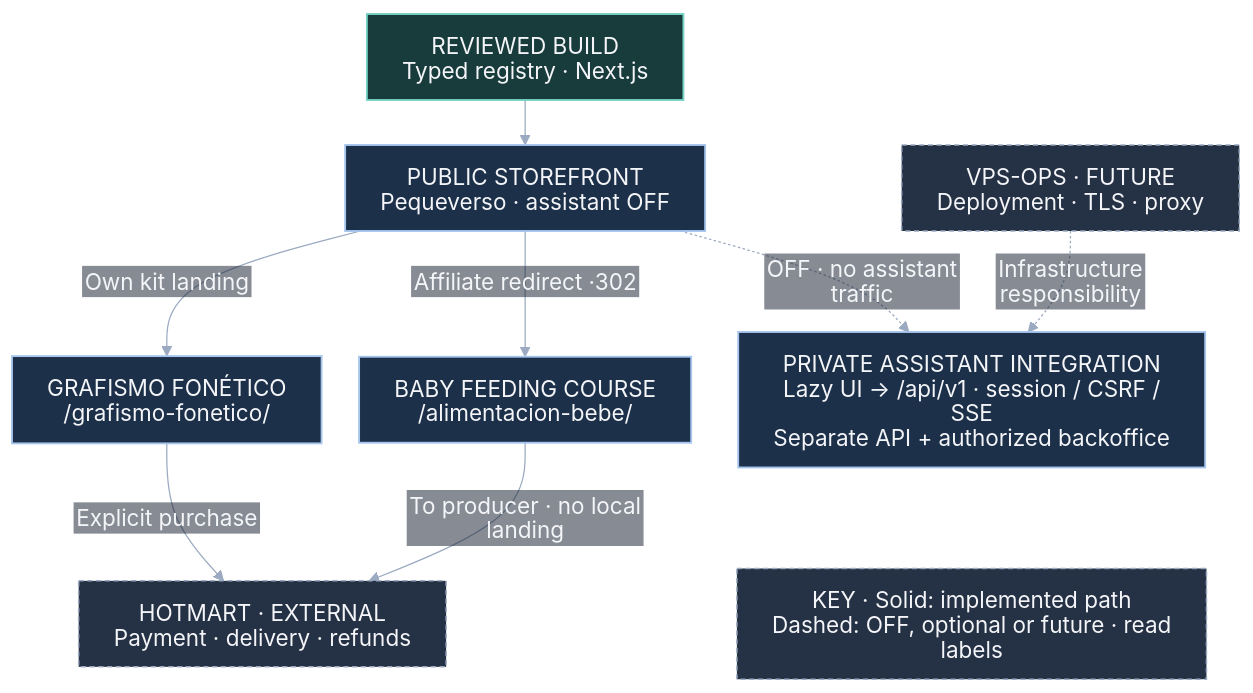
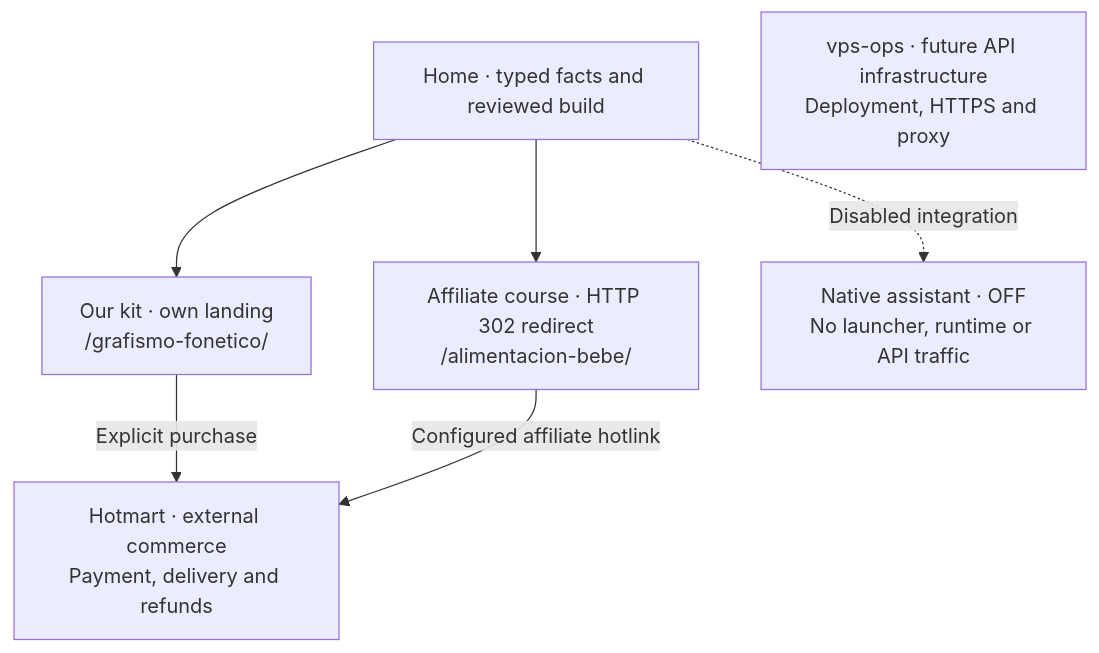
The diagram in docs/architecture/system-dark.mmd (gonzalomartinperez/pequeverso), drawn with Mermaid before and after one commit. The commit also changed 7 other files, not shown here.

First line of the commit message:
docs: clarify storefront architecture with owned diagrams (#120)

```diff
--- a/docs/architecture/system-dark.mmd
+++ b/docs/architecture/system-dark.mmd
@@ -1,21 +1,9 @@
----
-{"config": {"theme": "base", "look": "classic", "fontFamily": "Arial, sans-serif", "htmlLabels": false, "themeVariables": {"background": "#101b2b", "primaryTextColor": "#f4f5f8", "lineColor": "#9baac0", "clusterBkg": "#101b2b", "clusterBorder": "#9baac0", "edgeLabelBackground": "#101b2b", "fontSize": "18px", "textColor": "#f4f5f8", "titleColor": "#f4f5f8", "nodeTextColor": "#f4f5f8", "clusterTextColor": "#f4f5f8"}, "flowchart": {"curve": "basis", "nodeSpacing": 30, "rankSpacing": 36, "padding": 14, "htmlLabels": false, "wrappingWidth": 340}, "markdownAutoWrap": false, "themeCSS": ".cluster-label text,.nodeLabel,.edgeLabel text,.label text{fill:#f4f5f8!important;} .edgeLabel rect,.edgeLabel polygon{fill:#101b2b!important;opacity:1!important;}"}}
----
 flowchart TB
-  accTitle: Pequeverso storefront components and boundaries
-  accDescr: Public store with separate kit landing and affiliate redirect. Private native assistant remains disabled. Hotmart owns commerce. vps-ops owns future infrastructure.
-  Build["REVIEWED BUILD<br/>Typed registry · Next.js"] --> Store["PUBLIC STOREFRONT<br/>Pequeverso · assistant OFF"]
-  Store -->|"Own kit landing"| Kit["GRAFISMO FONÉTICO<br/>/grafismo-fonetico/"]
-  Store -->|"Affiliate redirect ·302"| Course["BABY FEEDING COURSE<br/>/alimentacion-bebe/"]
-  Kit -->|"Explicit purchase"| Hotmart["HOTMART · EXTERNAL<br/>Payment · delivery · refunds"]
-  Course -->|"To producer · no local landing"| Hotmart
-  Store -. "OFF · no assistant traffic" .-> Native["PRIVATE ASSISTANT INTEGRATION<br/>Lazy UI → /api/v1 · session / CSRF / SSE<br/>Separate API + authorized backoffice"]
-  Ops["VPS-OPS · FUTURE<br/>Deployment · TLS · proxy"] -. "Infrastructure responsibility" .-> Native
-  Native ~~~ Legend["KEY · Solid: implemented path<br/>Dashed: OFF, optional or future · read labels"]
-  class Store,Kit,Course,Native app
-  class Build data
-  class Hotmart,Ops,Legend external
-  classDef person fill:#423620,stroke:#a6c5ed,color:#f4f5f8,stroke-width:1.5px;
-  classDef app fill:#1c3049,stroke:#a6c5ed,color:#f4f5f8,stroke-width:1.5px;
-  classDef data fill:#183b3b,stroke:#77d3c4,color:#f4f5f8,stroke-width:1.5px;
-  classDef external fill:#253144,stroke:#9baac0,color:#f4f5f8,stroke-width:1.2px,stroke-dasharray:4 3;
+  accTitle: Pequeverso storefront product paths and disabled assistant
+  accDescr: Home opens the kit landing or affiliate redirect. The configured affiliate hotlink may open checkout or the producer’s sales page. Visitors choose to purchase through Hotmart. The assistant stays disabled and deployment belongs to vps-ops.
+  Home["Home · typed facts and reviewed build"] --> Kit["Our kit · own landing<br/>/grafismo-fonetico/"]
+  Home --> Course["Affiliate course · HTTP 302 redirect<br/>/alimentacion-bebe/"]
+  Kit -->|Explicit purchase| Hotmart["Hotmart · external commerce<br/>Payment, delivery and refunds"]
+  Course -->|Configured affiliate hotlink| Hotmart
+  Home -. Disabled integration .-> Assistant["Native assistant · OFF<br/>No launcher, runtime or API traffic"]
+  Ops["vps-ops · future API infrastructure<br/>Deployment, HTTPS and proxy"]
```
